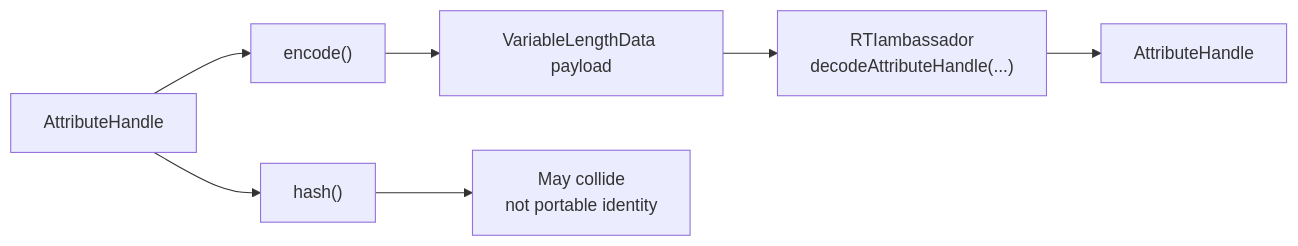
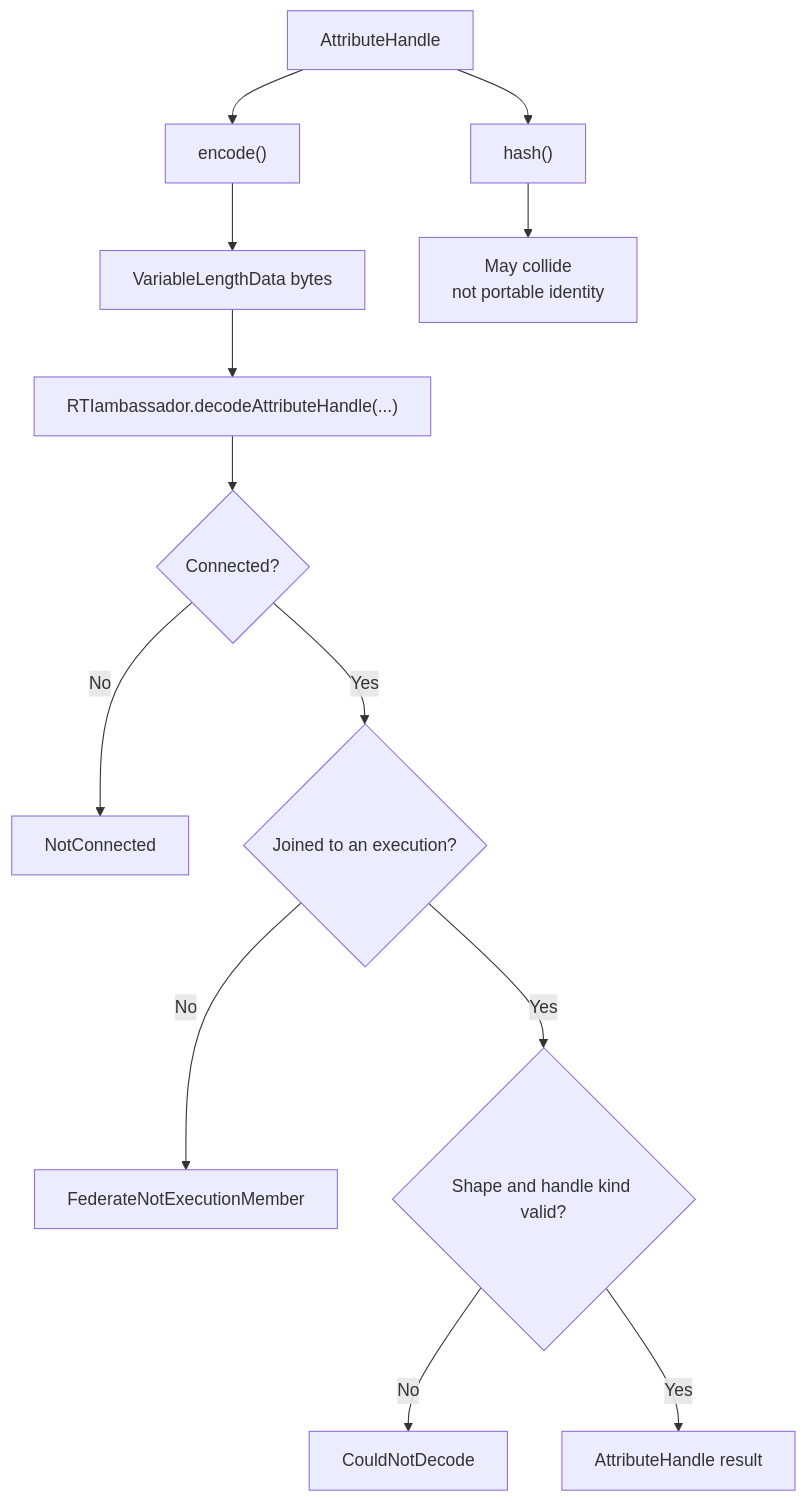
The sixth of 10 diagrams in docs/design/HLA-2025-NAME-AND-HANDLE-RESOLUTION-FLOW-GUIDE.md (sheepfling/umbra), drawn with Mermaid before and after one commit. The commit also changed other lines of this file and 39 other files, not shown here.

Commit message:
Document IEEE 1516.1-2025 behavior flows

````diff
--- a/docs/design/HLA-2025-NAME-AND-HANDLE-RESOLUTION-FLOW-GUIDE.md
+++ b/docs/design/HLA-2025-NAME-AND-HANDLE-RESOLUTION-FLOW-GUIDE.md
@@ -222,9 +363,15 @@
 ```mermaid
-flowchart LR
+flowchart TB
     A["AttributeHandle"] --> B["encode()"]
-    B --> C["VariableLengthData payload"]
-    C --> D["RTIambassador<br/>decodeAttributeHandle(...)"]
-    D --> E["AttributeHandle"]
-    A --> F["hash()"]
-    F --> G["May collide<br/>not portable identity"]
+    B --> C["VariableLengthData bytes"]
+    C --> D["RTIambassador.decodeAttributeHandle(...)"]
+    D --> E{"Connected?"}
+    E -->|No| F["NotConnected"]
+    E -->|Yes| G{"Joined to an execution?"}
+    G -->|No| H["FederateNotExecutionMember"]
+    G -->|Yes| I{"Shape and handle kind valid?"}
+    I -->|No| J["CouldNotDecode"]
+    I -->|Yes| K["AttributeHandle result"]
+    A --> L["hash()"]
+    L --> M["May collide<br/>not portable identity"]
 ```
````
